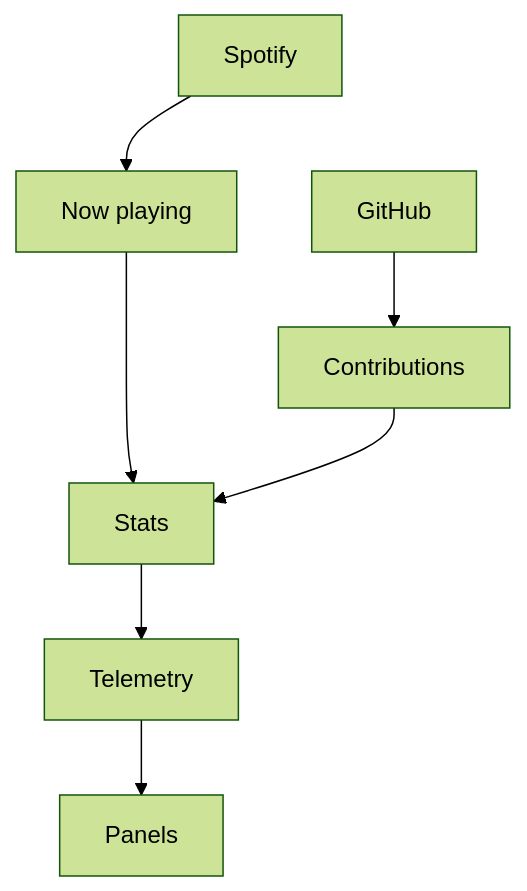
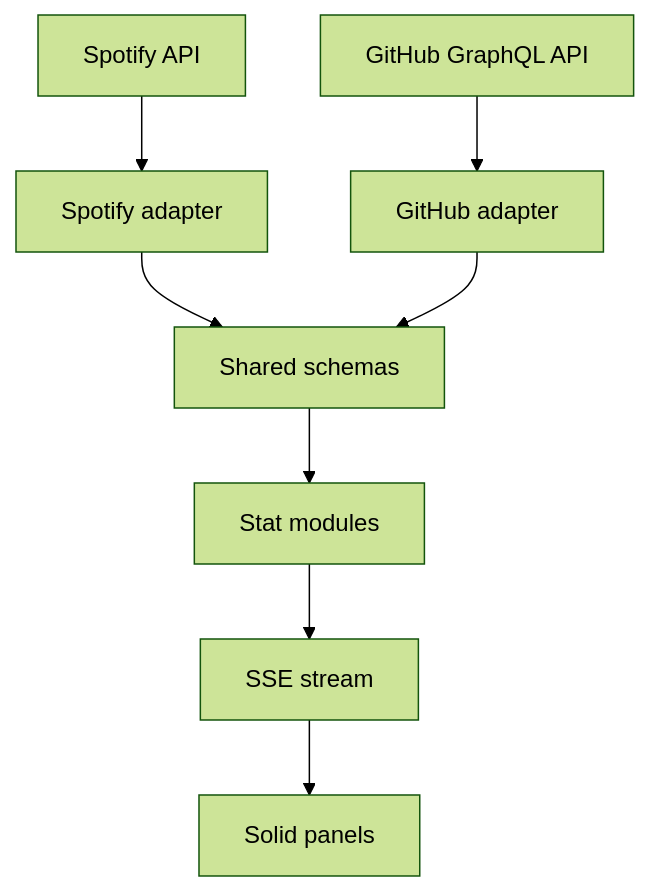
The first of 2 diagrams in web/content/blog/personal-telemetry-from-spotify-and-github.mdx (ErickCReis/ErickCReis), drawn with Mermaid (forest theme) before and after one commit. The commit also changed other lines of this file and 1 other file, not shown here.

First line of the commit message:
Document source adapters for live telemetry

````diff
--- a/web/content/blog/personal-telemetry-from-spotify-and-github.mdx
+++ b/web/content/blog/personal-telemetry-from-spotify-and-github.mdx
@@ -16,11 +14,10 @@
 ```mermaid center
 flowchart TB
-  SpotifyAPI["Spotify"] --> Spotify["Now playing"]
-  GitHubAPI["GitHub"] --> GitHub["Contributions"]
-  SpotifyAPI ~~~ GitHubAPI
-  Spotify ~~~ GitHub
-  Spotify --> Contract["Stats"]
-  GitHub --> Contract
-  Contract --> Stream["Telemetry"]
-  Stream --> Panels["Panels"]
+  SpotifyAPI["Spotify API"] --> SpotifyAdapter["Spotify adapter"]
+  GitHubAPI["GitHub GraphQL API"] --> GitHubAdapter["GitHub adapter"]
+  SpotifyAdapter --> Schemas["Shared schemas"]
+  GitHubAdapter --> Schemas
+  Schemas --> Modules["Stat modules"]
+  Modules --> Stream["SSE stream"]
+  Stream --> Panels["Solid panels"]
 ```
````
